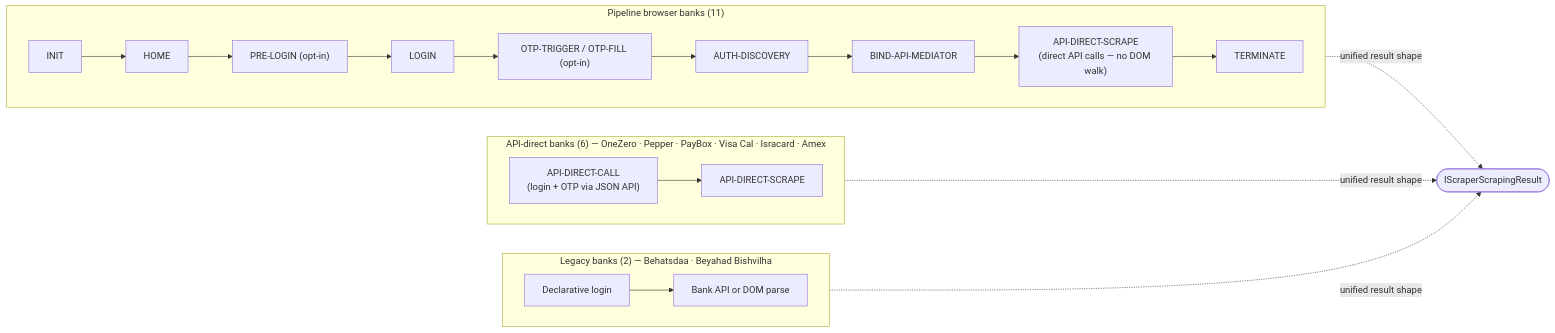
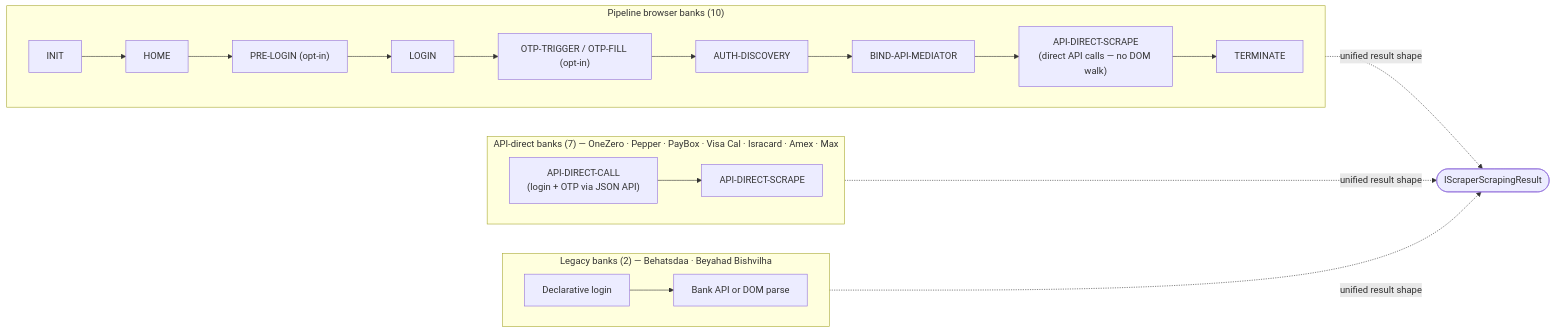
Before and after one commit to sergienko4/israeli-bank-scrapers: the diagram in README.md, drawn with Mermaid. The commit also changed other lines of this file and 79 other files, not shown here.

````diff
--- a/README.md
+++ b/README.md
@@ -383,27 +386,27 @@
 ```mermaid
 flowchart LR
-    subgraph BB["Pipeline browser banks (11)"]
+    subgraph BB["Pipeline browser banks (10)"]
       direction LR
       INIT --> HOME --> PRELOGIN["PRE-LOGIN (opt-in)"]
       PRELOGIN --> LOGIN
       LOGIN --> OTP["OTP-TRIGGER / OTP-FILL (opt-in)"]
       OTP --> AUTH["AUTH-DISCOVERY"]
       AUTH --> BIND["BIND-API-MEDIATOR"]
       BIND --> SCRAPE["API-DIRECT-SCRAPE<br/>(direct API calls — no DOM walk)"]
       SCRAPE --> TERM["TERMINATE"]
     end
 
-    subgraph API["API-direct banks (6) — OneZero · Pepper · PayBox · Visa Cal · Isracard · Amex"]
+    subgraph API["API-direct banks (7) — OneZero · Pepper · PayBox · Visa Cal · Isracard · Amex · Max"]
       direction LR
       CALL["API-DIRECT-CALL<br/>(login + OTP via JSON API)"] --> SCR["API-DIRECT-SCRAPE"]
     end
 
     subgraph LEG["Legacy banks (2) — Behatsdaa · Beyahad Bishvilha"]
       direction LR
       LLOGIN["Declarative login"] --> LFETCH["Bank API or DOM parse"]
     end
 
     BB -.->|"unified result shape"| RESULT(["IScraperScrapingResult"])
     API -.->|"unified result shape"| RESULT
     LEG -.->|"unified result shape"| RESULT
 ```
````
